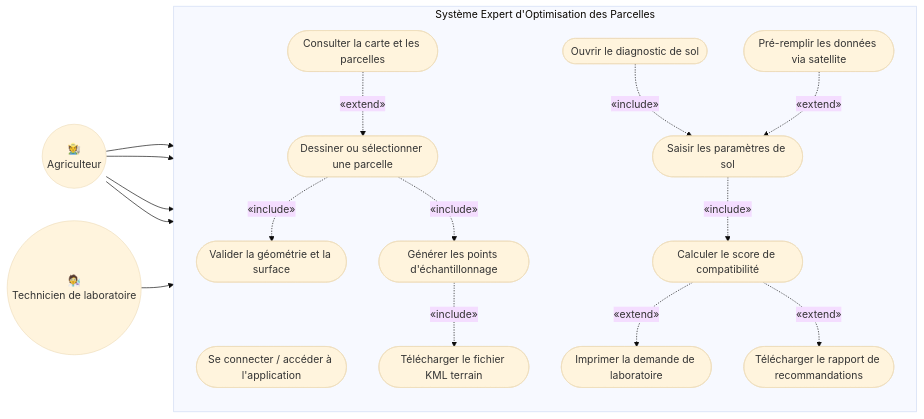
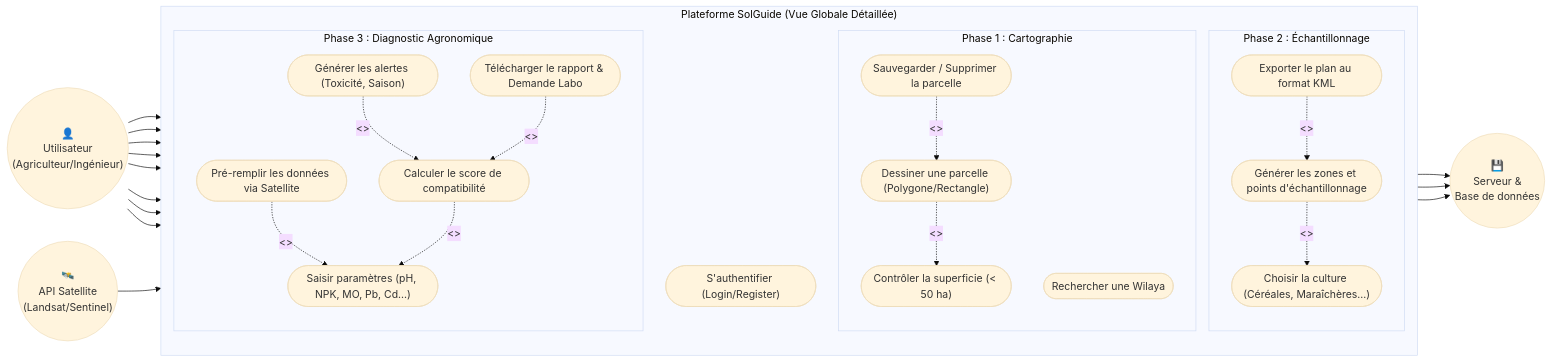
One commit to Lyna-fer/agriculture-project changed the first of 3 diagrams in docs/use-case-diagrams.md. Above: the diagram before and after it, drawn with Mermaid (base theme). The commit also changed 2 other files, not shown here.

````diff
--- a/docs/use-case-diagrams.md
+++ b/docs/use-case-diagrams.md
@@ -3,38 +3,65 @@
 ```mermaid
 flowchart LR
-  Farmer(("🧑‍🌾\nAgriculteur"))
-  Technician(("🧑‍🔬\nTechnicien de laboratoire"))
+    %% Acteurs
+    User(("👤\nUtilisateur\n(Agriculteur/Ingénieur)"))
+    SatAPI(("🛰️\nAPI Satellite\n(Landsat/Sentinel)"))
+    Backend(("💾\nServeur &\nBase de données"))
 
-  subgraph "Système Expert d'Optimisation des Parcelles"
-    direction TB
-    Login(["Se connecter / accéder à l'application"])
-    Browse(["Consulter la carte et les parcelles"])
-    Draw(["Dessiner ou sélectionner une parcelle"])
-    Validate(["Valider la géométrie et la surface"])
-    Sample(["Générer les points d'échantillonnage"])
-    Kml(["Télécharger le fichier KML terrain"])
-    Diag(["Ouvrir le diagnostic de sol"])
-    Prefill(["Pré-remplir les données via satellite"])
-    Form(["Saisir les paramètres de sol"])
-    Score(["Calculer le score de compatibilité"])
-    LabReq(["Imprimer la demande de laboratoire"])
-    Report(["Télécharger le rapport de recommandations"])
-  end
+    %% Frontière du Système
+    subgraph SolGuide ["Plateforme SolGuide (Vue Globale Détaillée)"]
+        direction TB
+        
+        Auth(["S'authentifier (Login/Register)"])
+        
+        subgraph Carto ["Phase 1 : Cartographie"]
+            Wilaya(["Rechercher une Wilaya"])
+            Draw(["Dessiner une parcelle (Polygone/Rectangle)"])
+            CheckArea(["Contrôler la superficie (< 50 ha)"])
+            Manage(["Sauvegarder / Supprimer la parcelle"])
+        end
 
-  Farmer --> Login
-  Farmer --> Browse
-  Farmer --> Draw
-  Farmer --> Diag
-  Technician --> LabReq
+        subgraph Echant ["Phase 2 : Échantillonnage"]
+            Crop(["Choisir la culture (Céréales, Maraîchères...)"])
+            GenPoints(["Générer les zones et points d'échantillonnage"])
+            KML(["Exporter le plan au format KML"])
+        end
 
-  Draw -. "«include»" .-> Validate
-  Draw -. "«include»" .-> Sample
-  Sample -. "«include»" .-> Kml
-  Browse -. "«extend»" .-> Draw
+        subgraph Diag ["Phase 3 : Diagnostic Agronomique"]
+            SatData(["Pré-remplir les données via Satellite"])
+            FillForm(["Saisir paramètres (pH, NPK, MO, Pb, Cd...)"])
+            Score(["Calculer le score de compatibilité"])
+            Alerts(["Générer les alertes (Toxicité, Saison)"])
+            Reports(["Télécharger le rapport & Demande Labo"])
+        end
+    end
 
-  Diag -. "«include»" .-> Form
-  Prefill -. "«extend»" .-> Form
-  Form -. "«include»" .-> Score
-  Score -. "«extend»" .-> LabReq
-  Score -. "«extend»" .-> Report
+    %% Connexions Acteur Principal -> Système
+    User --> Auth
+    User --> Wilaya
+    User --> Draw
+    User --> Manage
+    User --> Crop
+    User --> GenPoints
+    User --> FillForm
+    User --> Reports
+
+    %% Relations Cartographie
+    Draw -. "<<include>>" .-> CheckArea
+    Manage -. "<<extend>>" .-> Draw
+    
+    %% Relations Échantillonnage
+    GenPoints -. "<<include>>" .-> Crop
+    KML -. "<<extend>>" .-> GenPoints
+
+    %% Relations Diagnostic
+    SatData -. "<<extend>>" .-> FillForm
+    Score -. "<<include>>" .-> FillForm
+    Alerts -. "<<extend>>" .-> Score
+    Reports -. "<<extend>>" .-> Score
+
+    %% Connexions Acteurs Secondaires (Systèmes)
+    SatAPI --> SatData
+    Manage --> Backend
+    Auth --> Backend
+    GenPoints --> Backend
 ```
````
